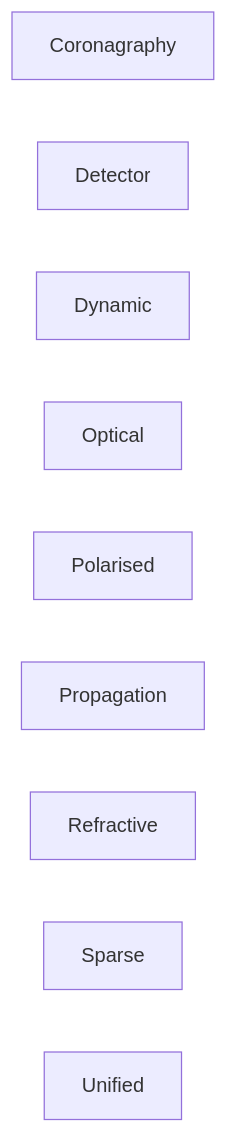
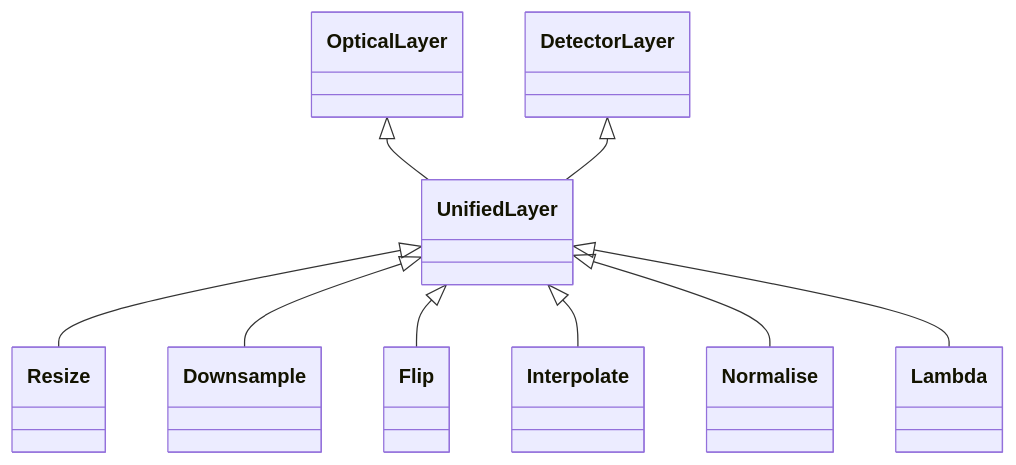
The ninth of 9 diagrams in docs/API/layers/overview.md (LouisDesdoigts/dLux), drawn with Mermaid before and after one commit. The commit also changed other lines of this file and 22 other files, not shown here.

````diff
--- a/docs/API/layers/overview.md
+++ b/docs/API/layers/overview.md
@@ -7,21 +210,27 @@
 ```mermaid
-flowchart LR
-    dLux_layers_coronagraphy["Coronagraphy"]
-    click dLux_layers_coronagraphy href "../coronagraphy/" "Public API: SoummerFPM"
-    dLux_layers_detector["Detector"]
-    click dLux_layers_detector href "../detector/" "Public API: BaseDetectorLayer, DetectorLayer, Sensitivity, Convolve, Jitter, Bias, Gain, Saturation"
-    dLux_layers_dynamic["Dynamic"]
-    click dLux_layers_dynamic href "../dynamic/" "Public API: BaseDynamicLayer, DynamicTransmissiveLayer, DynamicAberratedLayer, DynamicOptic"
-    dLux_layers_optical["Optical"]
-    click dLux_layers_optical href "../optical/" "Public API: BaseLayer, BaseOpticalLayer, OpticalLayer, TransmissiveLayer, AberratedLayer, Optic, Tilt"
-    dLux_layers_polarised["Polarised"]
-    click dLux_layers_polarised href "../polarised/" "Public API: BasePolarisingOptic, PolarisationLayer, PolarisingOptic, UniformPolarisingOptic, LinearPolariser, Retarder"
-    dLux_layers_propagation["Propagation"]
-    click dLux_layers_propagation href "../propagation/" "Public API: ABCDElement, ABCDFreeSpace, ABCDLens, ABCDMirror, ABCDFraunhofer, Propagator, FocalPropagator, ABCDPropagator, FreeSpace, Fraunhofer, Fresnel"
-    dLux_layers_refractive["Refractive"]
-    click dLux_layers_refractive href "../refractive/" "Public API: RefractiveOptic, Wedge"
-    dLux_layers_sparse["Sparse"]
-    click dLux_layers_sparse href "../sparse/" "Public API: Interfere, SparseOptic, SparseDynamicOptic"
-    dLux_layers_unified["Unified"]
-    click dLux_layers_unified href "../unified/" "Public API: UnifiedLayer, Resize, Downsample, Flip, Interpolate, Normalise, Lambda"
+classDiagram
+    class dLux_layers_unified_UnifiedLayer["UnifiedLayer"]
+    class dLux_layers_unified_Resize["Resize"]
+    class dLux_layers_unified_Downsample["Downsample"]
+    class dLux_layers_unified_Flip["Flip"]
+    class dLux_layers_unified_Interpolate["Interpolate"]
+    class dLux_layers_unified_Normalise["Normalise"]
+    class dLux_layers_unified_Lambda["Lambda"]
+    class dLux_layers_detector_DetectorLayer["DetectorLayer"]
+    class dLux_layers_optical_OpticalLayer["OpticalLayer"]
+    dLux_layers_optical_OpticalLayer <|-- dLux_layers_unified_UnifiedLayer
+    dLux_layers_detector_DetectorLayer <|-- dLux_layers_unified_UnifiedLayer
+    click dLux_layers_unified_UnifiedLayer href "../unified/#dLux.layers.unified.UnifiedLayer" "No direct public attributes or methods"
+    dLux_layers_unified_UnifiedLayer <|-- dLux_layers_unified_Resize
+    click dLux_layers_unified_Resize href "../unified/#dLux.layers.unified.Resize" "Attributes: npixels · Methods: apply_mono()"
+    dLux_layers_unified_UnifiedLayer <|-- dLux_layers_unified_Downsample
+    click dLux_layers_unified_Downsample href "../unified/#dLux.layers.unified.Downsample" "Attributes: n · Methods: apply_mono()"
+    dLux_layers_unified_UnifiedLayer <|-- dLux_layers_unified_Flip
+    click dLux_layers_unified_Flip href "../unified/#dLux.layers.unified.Flip" "Attributes: axes · Methods: apply_mono()"
+    dLux_layers_unified_UnifiedLayer <|-- dLux_layers_unified_Interpolate
+    click dLux_layers_unified_Interpolate href "../unified/#dLux.layers.unified.Interpolate" "Attributes: transformation, method, complex, fill · Methods: apply_mono()"
+    dLux_layers_unified_UnifiedLayer <|-- dLux_layers_unified_Normalise
+    click dLux_layers_unified_Normalise href "../unified/#dLux.layers.unified.Normalise" "Attributes: mode, value · Methods: apply_mono()"
+    dLux_layers_unified_UnifiedLayer <|-- dLux_layers_unified_Lambda
+    click dLux_layers_unified_Lambda href "../unified/#dLux.layers.unified.Lambda" "Methods: apply_mono()"
 ```
````
